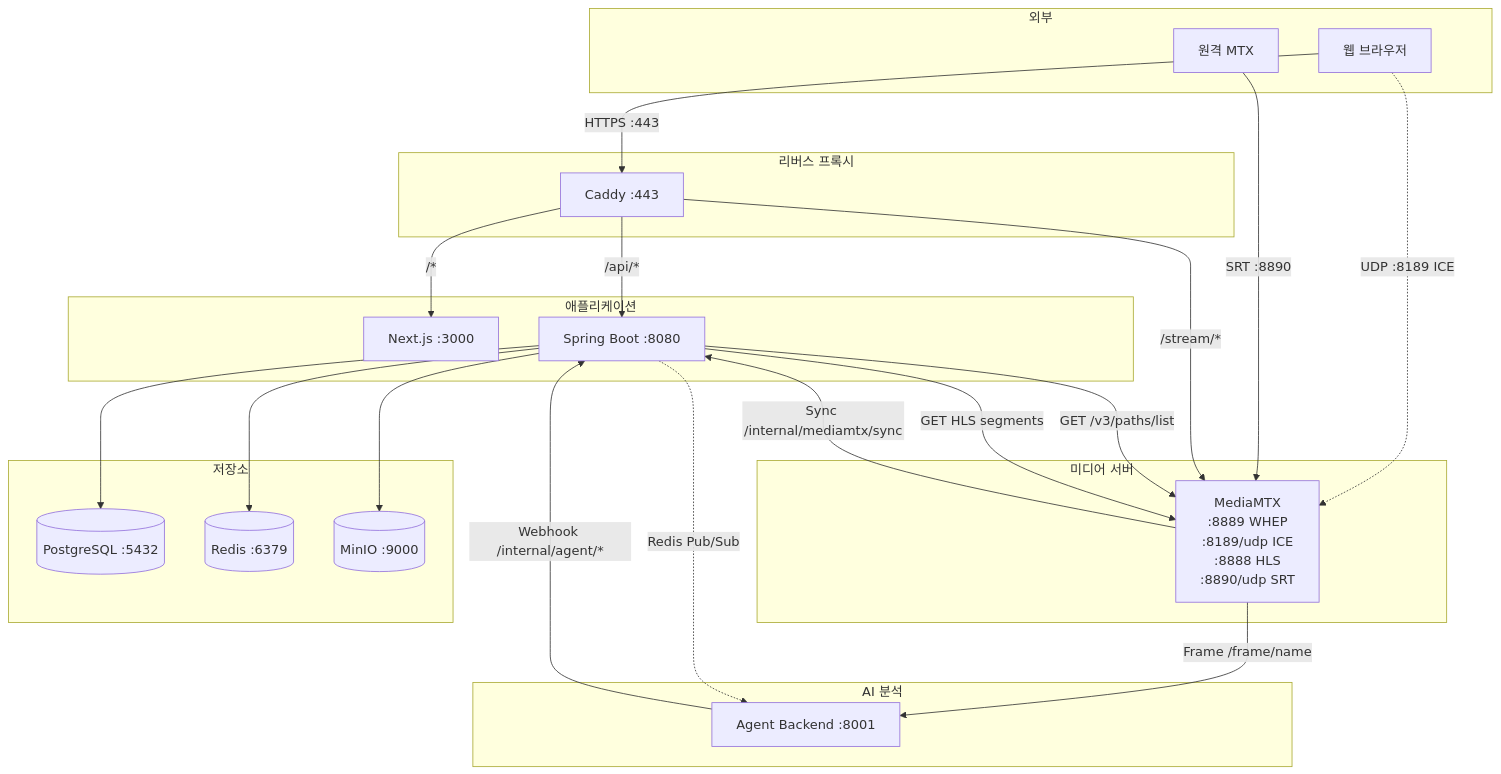
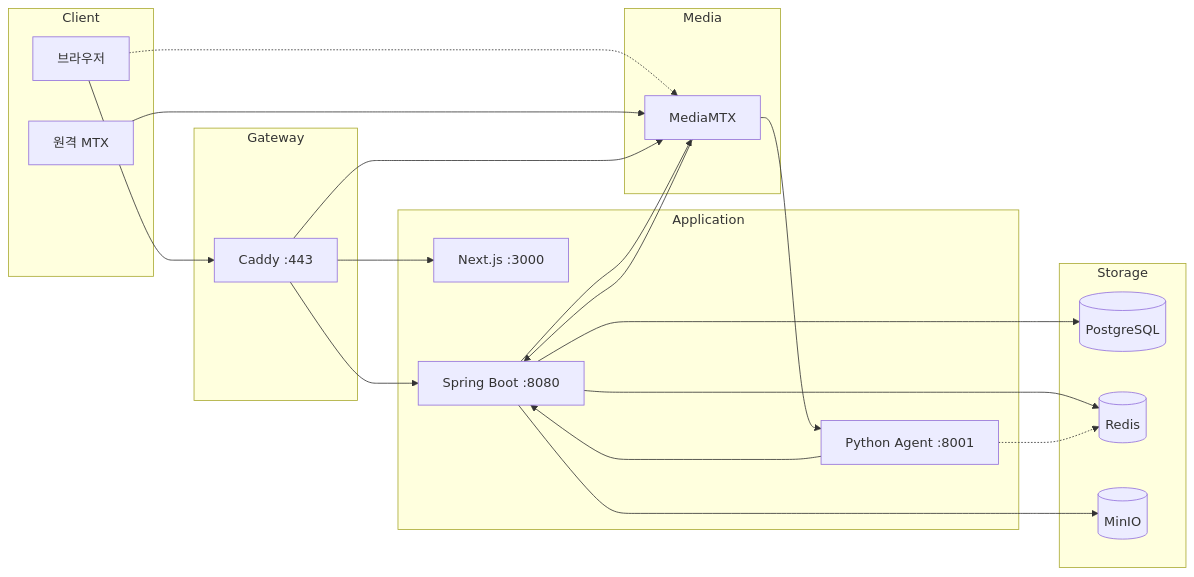
The first of 2 diagrams in WORKFLOWS.md (AIX-01/aegis-frontend), drawn with Mermaid before and after one commit. The commit also changed other lines of this file, not shown here.

````diff
--- a/WORKFLOWS.md
+++ b/WORKFLOWS.md
@@ -93,49 +13,46 @@
 ```mermaid
-flowchart TD
-    subgraph External["외부"]
-        Browser["웹 브라우저"]
-        RemoteMTX["원격 MTX"]
+flowchart LR
+    subgraph Client
+        Browser[브라우저]
+        RMTX[원격 MTX]
     end
 
-    subgraph Proxy["리버스 프록시"]
-        Caddy["Caddy :443"]
+    subgraph Gateway
+        Caddy[Caddy :443]
     end
 
-    subgraph Application["애플리케이션"]
-        Frontend["Next.js :3000"]
-        Backend["Spring Boot :8080"]
+    subgraph Application
+        Next[Next.js :3000]
+        Spring[Spring Boot :8080]
+        Agent[Python Agent :8001]
     end
 
-    subgraph Media["미디어 서버"]
-        MTX["MediaMTX<br/>:8889 WHEP<br/>:8189/udp ICE<br/>:8888 HLS<br/>:8890/udp SRT"]
+    subgraph Media
+        MTX[MediaMTX]
     end
 
-    subgraph Storage["저장소"]
-        PG[(PostgreSQL :5432)]
-        Redis[(Redis :6379)]
-        MinIO[(MinIO :9000)]
+    subgraph Storage
+        PG[(PostgreSQL)]
+        Redis[(Redis)]
+        MinIO[(MinIO)]
     end
 
-    subgraph AI["AI 분석"]
-        Agent["Agent Backend :8001"]
-    end
+    Browser --> Caddy
+    Browser -.-> MTX
+    RMTX --> MTX
 
-    Browser -->|HTTPS :443| Caddy
-    Browser -.->|UDP :8189 ICE| MTX
-    RemoteMTX -->|SRT :8890| MTX
+    Caddy --> Next
+    Caddy --> Spring
+    Caddy --> MTX
 
-    Caddy -->|"/*"| Frontend
-    Caddy -->|"/api/*"| Backend
-    Caddy -->|"/stream/*"| MTX
+    MTX --> Spring
+    MTX --> Agent
+    Spring --> MTX
 
-    MTX -->|Sync /internal/mediamtx/sync| Backend
-    MTX -->|"Frame /frame/name"| Agent
-    Backend -->|"GET /v3/paths/list"| MTX
-    Backend -->|"GET HLS segments"| MTX
-    Agent -->|"Webhook /internal/agent/*"| Backend
-    Backend -.->|Redis Pub/Sub| Agent
+    Agent --> Spring
+    Spring --> Redis
+    Agent -.-> Redis
 
-    Backend --> PG
-    Backend --> Redis
-    Backend --> MinIO
+    Spring --> PG
+    Spring --> MinIO
 ```
````
